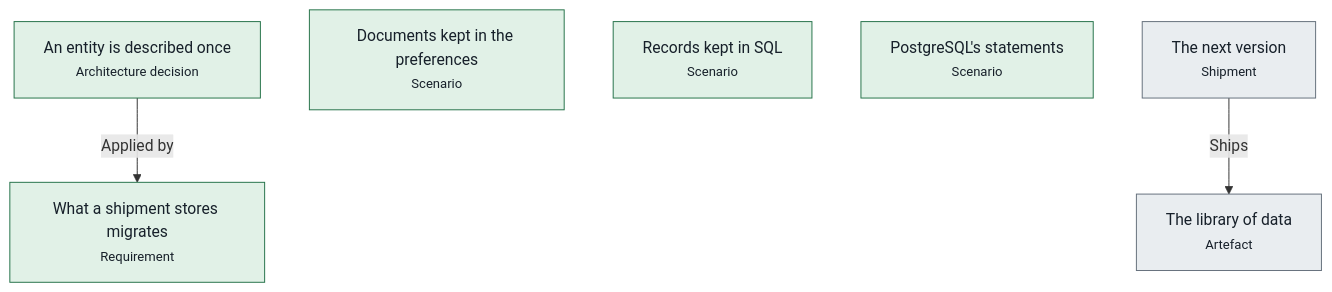
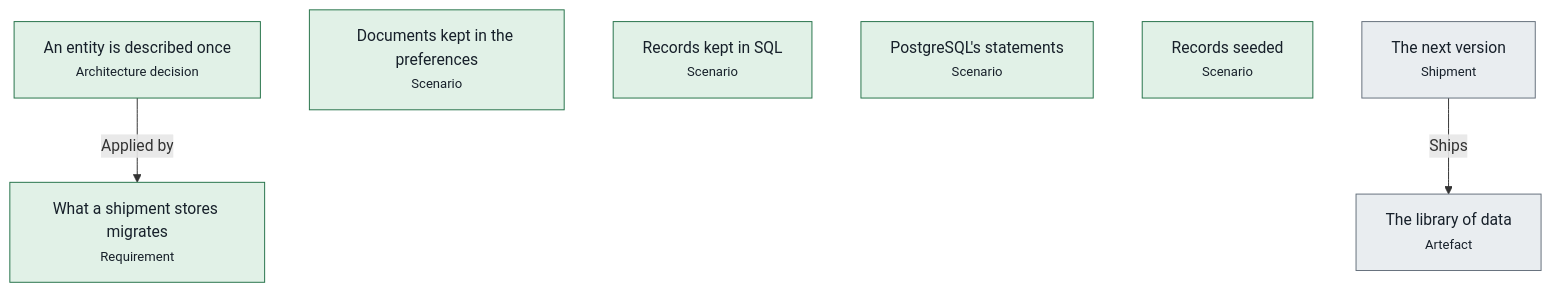
Before and after one commit to advancedcognitivesystems-ai/trame: the diagram in libs/data/docs/pipelines.md, drawn with Mermaid. The commit also changed other lines of this file and 221 other files, not shown here.

First line of the commit message:
C5: a value holds at every date; the seed of an entity; graph or data

````diff
--- a/libs/data/docs/pipelines.md
+++ b/libs/data/docs/pipelines.md
@@ -13,17 +13,18 @@
 ```mermaid
 flowchart TB
   n0["The library of data<br/><small>Artefact</small>"]:::unknown
   n1["An entity is described once<br/><small>Architecture decision</small>"]:::held
   n2["Documents kept in the preferences<br/><small>Scenario</small>"]:::held
   n3["Records kept in SQL<br/><small>Scenario</small>"]:::held
   n4["PostgreSQL's statements<br/><small>Scenario</small>"]:::held
-  n5["What a shipment stores migrates<br/><small>Requirement</small>"]:::held
-  n6["The next version<br/><small>Shipment</small>"]:::unknown
-  n1 -->|Applied by| n5
-  n6 -->|Ships| n0
+  n5["Records seeded<br/><small>Scenario</small>"]:::held
+  n6["What a shipment stores migrates<br/><small>Requirement</small>"]:::held
+  n7["The next version<br/><small>Shipment</small>"]:::unknown
+  n1 -->|Applied by| n6
+  n7 -->|Ships| n0
   classDef held fill:#e1f1e7,stroke:#26734a,color:#17202a
   classDef blocked fill:#fbf0d9,stroke:#9a6200,color:#17202a
   classDef violated fill:#f9e3e1,stroke:#ad2a22,color:#17202a
   classDef unknown fill:#e9edf0,stroke:#65707c,color:#17202a
   classDef neutral fill:#ffffff,stroke:#5a6672,color:#17202a
 ```
````
